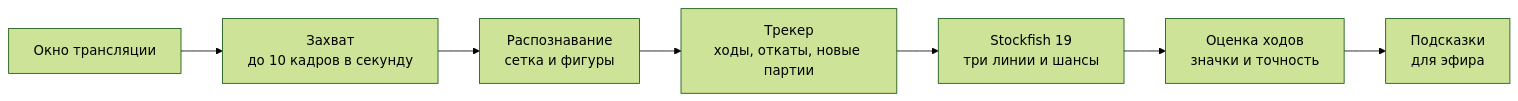
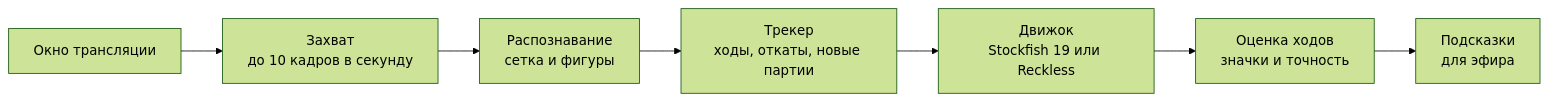
Before and after one commit to NikitaSytsevich/chess-analyzer: the diagram in README.md, drawn with Mermaid (forest theme). The commit also changed other lines of this file and 17 other files, not shown here.

````diff
--- a/README.md
+++ b/README.md
@@ -140,9 +143,9 @@
 ```mermaid
 flowchart LR
     A["Окно трансляции"] --> B["Захват<br>до 10 кадров в секунду"]
     B --> C["Распознавание<br>сетка и фигуры"]
     C --> D["Трекер<br>ходы, откаты, новые партии"]
-    D --> E["Stockfish 19<br>три линии и шансы"]
+    D --> E["Движок<br>Stockfish 19 или Reckless"]
     E --> F["Оценка ходов<br>значки и точность"]
     F --> G["Подсказки<br>для эфира"]
 ```
````
